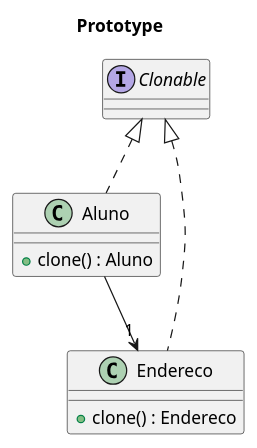
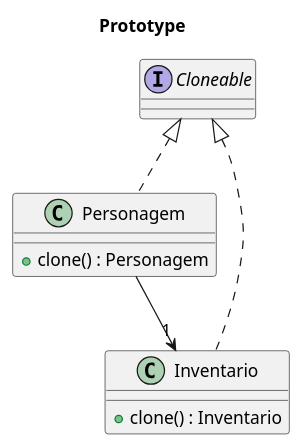
Before and after one commit to B4Hive/Prototype-DCC078-2026-3-A: the diagram in Prototype.puml, drawn with PlantUML. The commit also changed 6 other files, not shown here.

```diff
--- a/Prototype.puml
+++ b/Prototype.puml
@@ -1,12 +1,13 @@
 @startuml classDiagram
 title Prototype
-' Preenche os atributos mais comuns com valores default, armazenando um protótipo do objeto
-class Aluno implements Clonable{
-    + clone() : Aluno
+' Cria cópias independentes de personagens e seus inventários
+
+class Personagem implements Cloneable {
+    + clone() : Personagem
 }
-class Endereco implements Clonable{
-    +clone() : Endereco
+class Inventario implements Cloneable {
+    + clone() : Inventario
 }
-Aluno --> "1" Endereco
+Personagem --> "1" Inventario
 
 @enduml
```
